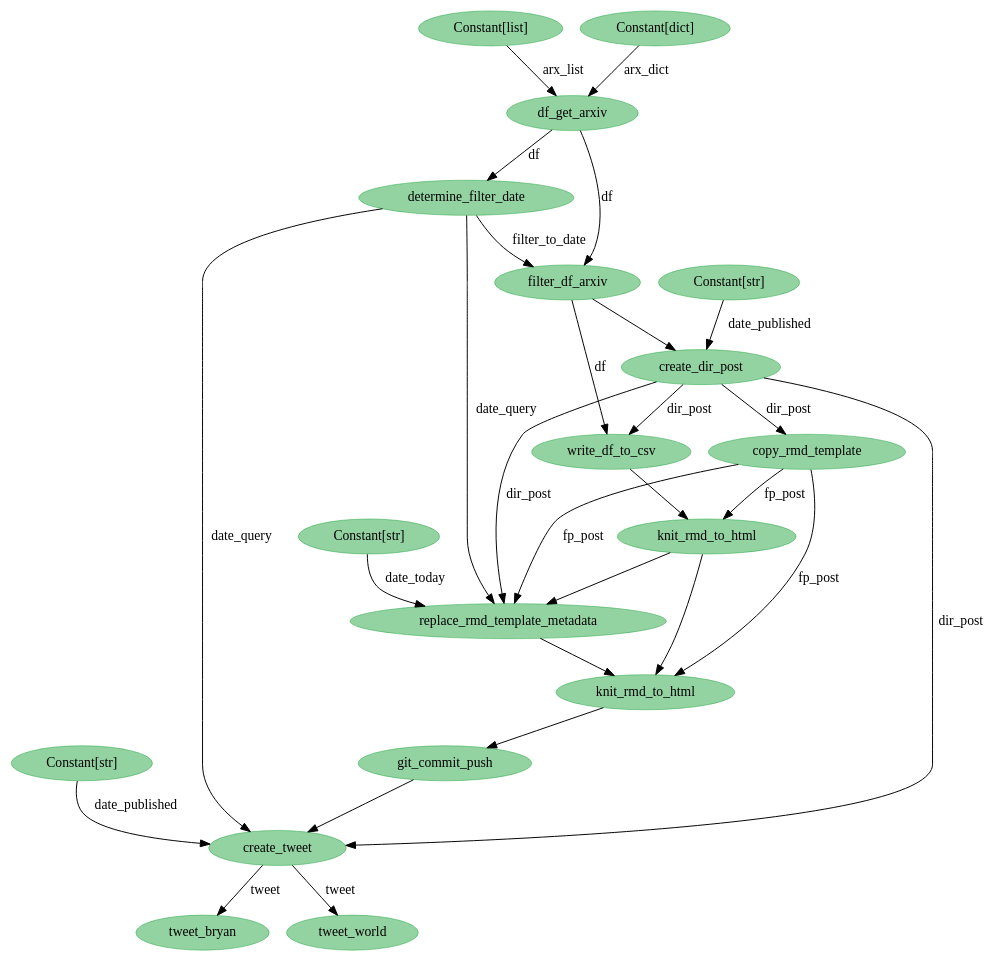
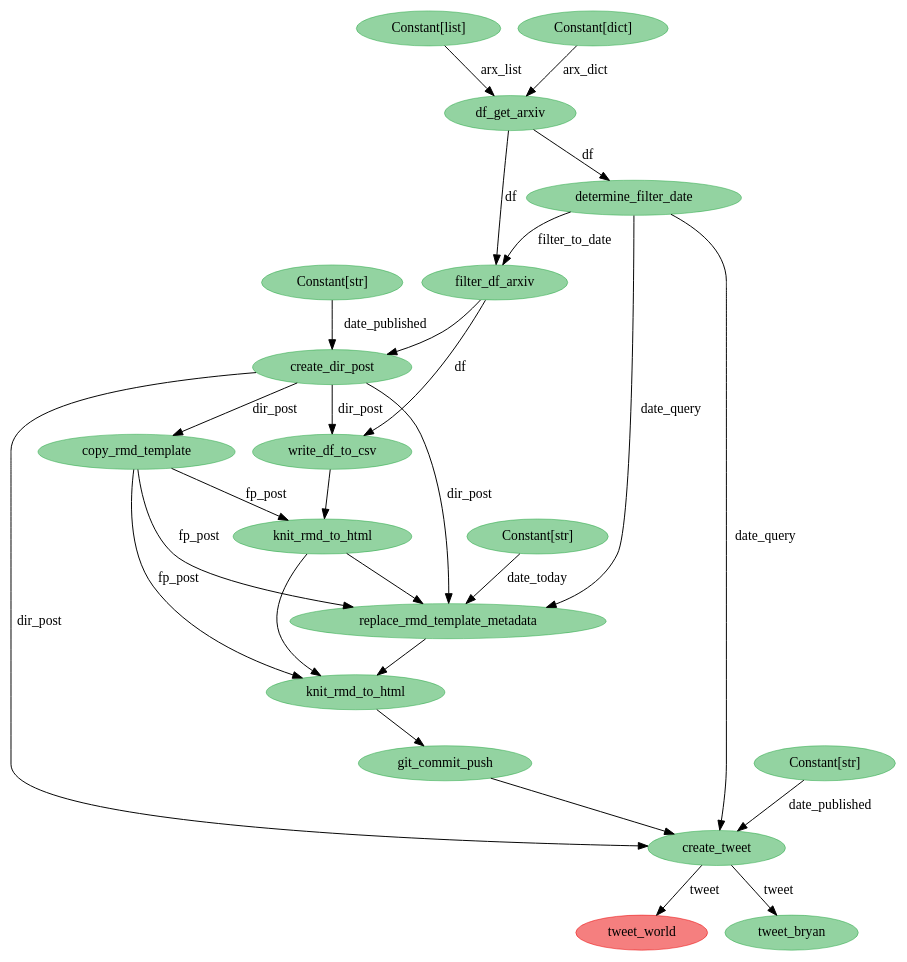
Before and after one commit to bryanwhiting/ds-arxiv: the diagram in python/state-viz.dot, drawn with Graphviz. The commit also changed 1 other file, not shown here.

```diff
--- a/python/state-viz.dot
+++ b/python/state-viz.dot
@@ -1,47 +1,47 @@
 digraph {
-	4687857168 [label="Constant[str]" color="#28a74580" colorscheme=svg shape=ellipse style=filled]
-	4687856528 [label=knit_rmd_to_html color="#28a74580" colorscheme=svg shape=ellipse style=filled]
-	4687857552 [label=tweet_bryan color="#28a74580" colorscheme=svg shape=ellipse style=filled]
-	4687816784 [label=df_get_arxiv color="#28a74580" colorscheme=svg shape=ellipse style=filled]
-	4687816464 [label="Constant[list]" color="#28a74580" colorscheme=svg shape=ellipse style=filled]
-	4687817296 [label=filter_df_arxiv color="#28a74580" colorscheme=svg shape=ellipse style=filled]
-	4687817040 [label=determine_filter_date color="#28a74580" colorscheme=svg shape=ellipse style=filled]
-	4687816592 [label="Constant[dict]" color="#28a74580" colorscheme=svg shape=ellipse style=filled]
-	4687817424 [label=create_dir_post color="#28a74580" colorscheme=svg shape=ellipse style=filled]
-	4687818384 [label="Constant[str]" color="#28a74580" colorscheme=svg shape=ellipse style=filled]
-	4687817872 [label=write_df_to_csv color="#28a74580" colorscheme=svg shape=ellipse style=filled]
-	4687818512 [label=copy_rmd_template color="#28a74580" colorscheme=svg shape=ellipse style=filled]
-	4687855696 [label=knit_rmd_to_html color="#28a74580" colorscheme=svg shape=ellipse style=filled]
-	4687856848 [label=git_commit_push color="#28a74580" colorscheme=svg shape=ellipse style=filled]
-	4687855952 [label="Constant[str]" color="#28a74580" colorscheme=svg shape=ellipse style=filled]
-	4687857744 [label=tweet_world color="#28a74580" colorscheme=svg shape=ellipse style=filled]
-	4687855888 [label=replace_rmd_template_metadata color="#28a74580" colorscheme=svg shape=ellipse style=filled]
-	4687857104 [label=create_tweet color="#28a74580" colorscheme=svg shape=ellipse style=filled]
-	4687818512 -> 4687855696 [label=fp_post]
-	4687817424 -> 4687857104 [label=dir_post]
-	4687816464 -> 4687816784 [label=arx_list]
-	4687817040 -> 4687857104 [label=date_query]
-	4687817872 -> 4687855696
-	4687855696 -> 4687855888
-	4687855696 -> 4687856528
-	4687856528 -> 4687856848
-	4687857104 -> 4687857552 [label=tweet]
-	4687817040 -> 4687817296 [label=filter_to_date]
-	4687817296 -> 4687817872 [label=df]
-	4687855952 -> 4687855888 [label=date_today]
-	4687816784 -> 4687817040 [label=df]
-	4687818512 -> 4687855888 [label=fp_post]
-	4687818512 -> 4687856528 [label=fp_post]
-	4687817424 -> 4687817872 [label=dir_post]
-	4687817424 -> 4687818512 [label=dir_post]
-	4687817424 -> 4687855888 [label=dir_post]
-	4687817040 -> 4687855888 [label=date_query]
-	4687818384 -> 4687817424 [label=date_published]
-	4687857168 -> 4687857104 [label=date_published]
-	4687817296 -> 4687817424
-	4687855888 -> 4687856528
-	4687856848 -> 4687857104
-	4687857104 -> 4687857744 [label=tweet]
-	4687816784 -> 4687817296 [label=df]
-	4687816592 -> 4687816784 [label=arx_dict]
+	4544023184 [label=tweet_world color="#eb000080" colorscheme=svg shape=ellipse style=filled]
+	4544022288 [label=git_commit_push color="#28a74580" colorscheme=svg shape=ellipse style=filled]
+	4544021328 [label=replace_rmd_template_metadata color="#28a74580" colorscheme=svg shape=ellipse style=filled]
+	4544021392 [label="Constant[str]" color="#28a74580" colorscheme=svg shape=ellipse style=filled]
+	4544022992 [label=tweet_bryan color="#28a74580" colorscheme=svg shape=ellipse style=filled]
+	4543982224 [label=df_get_arxiv color="#28a74580" colorscheme=svg shape=ellipse style=filled]
+	4543982736 [label=filter_df_arxiv color="#28a74580" colorscheme=svg shape=ellipse style=filled]
+	4543981904 [label="Constant[list]" color="#28a74580" colorscheme=svg shape=ellipse style=filled]
+	4543982480 [label=determine_filter_date color="#28a74580" colorscheme=svg shape=ellipse style=filled]
+	4543982032 [label="Constant[dict]" color="#28a74580" colorscheme=svg shape=ellipse style=filled]
+	4543982864 [label=create_dir_post color="#28a74580" colorscheme=svg shape=ellipse style=filled]
+	4543983312 [label="Constant[str]" color="#28a74580" colorscheme=svg shape=ellipse style=filled]
+	4544020752 [label=write_df_to_csv color="#28a74580" colorscheme=svg shape=ellipse style=filled]
+	4544020880 [label=copy_rmd_template color="#28a74580" colorscheme=svg shape=ellipse style=filled]
+	4544021072 [label=knit_rmd_to_html color="#28a74580" colorscheme=svg shape=ellipse style=filled]
+	4544022544 [label=create_tweet color="#28a74580" colorscheme=svg shape=ellipse style=filled]
+	4544022608 [label="Constant[str]" color="#28a74580" colorscheme=svg shape=ellipse style=filled]
+	4544021968 [label=knit_rmd_to_html color="#28a74580" colorscheme=svg shape=ellipse style=filled]
+	4544020880 -> 4544021072 [label=fp_post]
+	4544020880 -> 4544021328 [label=fp_post]
+	4544020880 -> 4544021968 [label=fp_post]
+	4544022544 -> 4544023184 [label=tweet]
+	4543982032 -> 4543982224 [label=arx_dict]
+	4543983312 -> 4543982864 [label=date_published]
+	4543982864 -> 4544020752 [label=dir_post]
+	4543982480 -> 4543982736 [label=filter_to_date]
+	4543982864 -> 4544020880 [label=dir_post]
+	4543982480 -> 4544021328 [label=date_query]
+	4543982864 -> 4544022544 [label=dir_post]
+	4544022608 -> 4544022544 [label=date_published]
+	4544020752 -> 4544021072
+	4544021968 -> 4544022288
+	4544022544 -> 4544022992 [label=tweet]
+	4544021392 -> 4544021328 [label=date_today]
+	4543981904 -> 4543982224 [label=arx_list]
+	4543982864 -> 4544021328 [label=dir_post]
+	4543982480 -> 4544022544 [label=date_query]
+	4543982224 -> 4543982480 [label=df]
+	4543982224 -> 4543982736 [label=df]
+	4543982736 -> 4544020752 [label=df]
+	4543982736 -> 4543982864
+	4544021072 -> 4544021328
+	4544021072 -> 4544021968
+	4544021328 -> 4544021968
+	4544022288 -> 4544022544
 }
```
